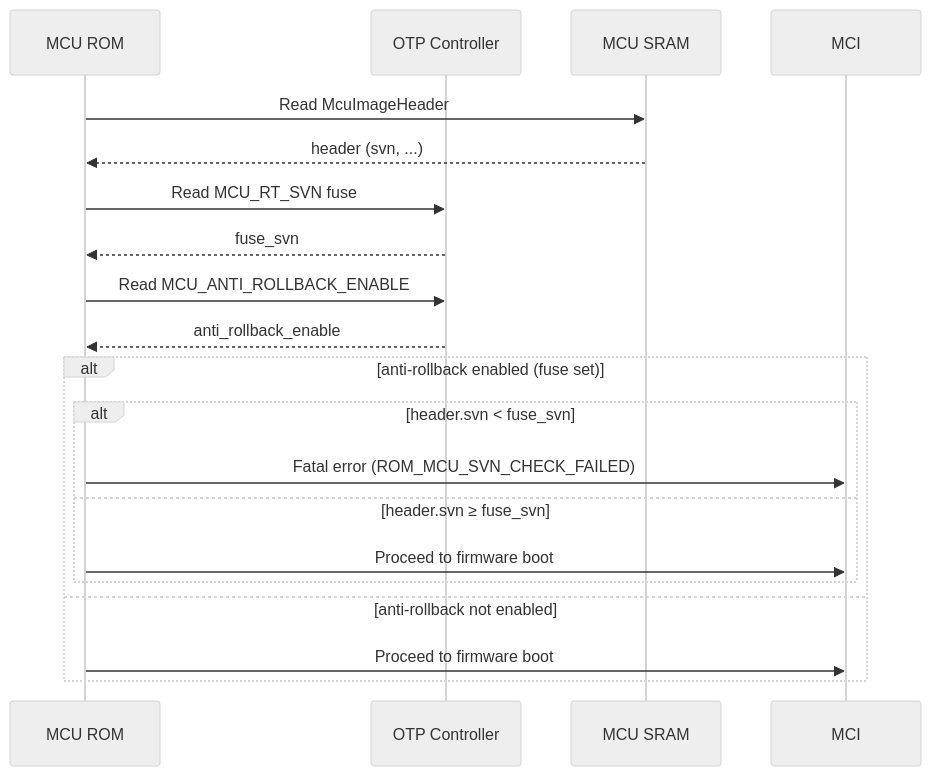
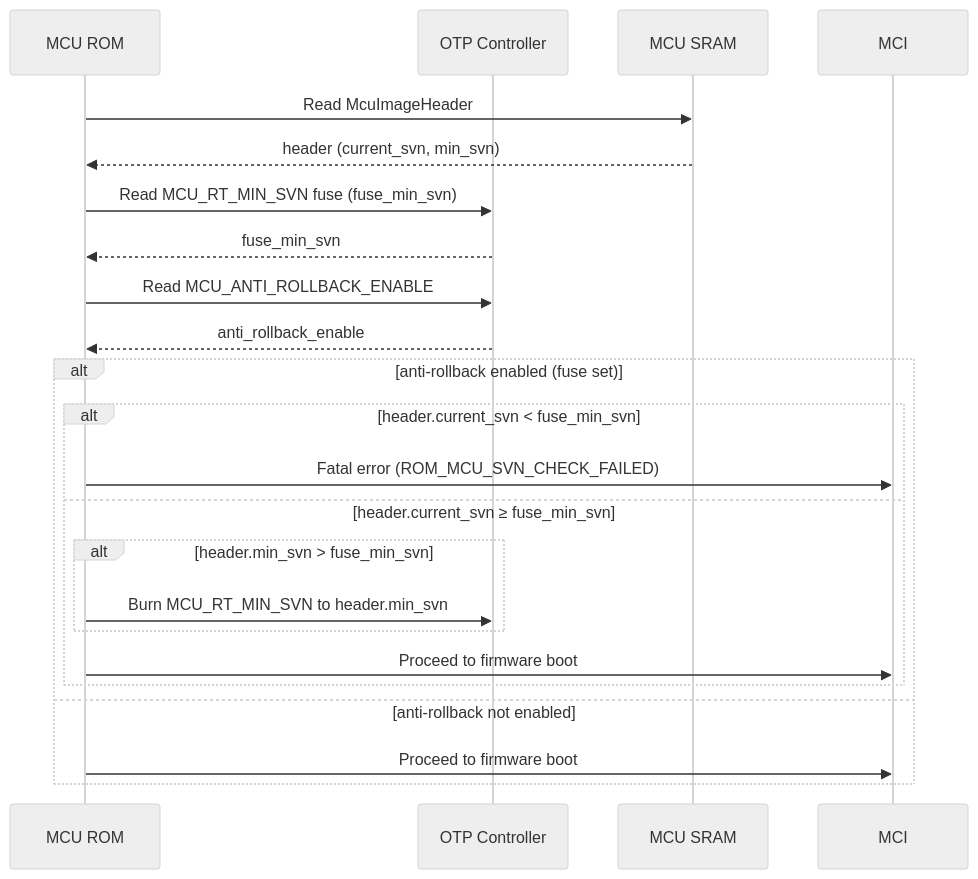
The second of 4 diagrams in docs/src/svn.md (swenson/caliptra-mcu-sw), drawn with Mermaid (neutral theme) before and after one commit. The commit also changed other lines of this file, not shown here.

Commit message:
Use min_svn as well svn

````diff
--- a/docs/src/svn.md
+++ b/docs/src/svn.md
@@ -257,24 +279,27 @@
 ```mermaid
 sequenceDiagram
     participant ROM as MCU ROM
     participant OTP as OTP Controller
     participant SRAM as MCU SRAM
     participant MCI as MCI
 
     ROM->>SRAM: Read McuImageHeader
-    SRAM-->>ROM: header (svn, ...)
-    ROM->>OTP: Read MCU_RT_SVN fuse
-    OTP-->>ROM: fuse_svn
+    SRAM-->>ROM: header (current_svn, min_svn)
+    ROM->>OTP: Read MCU_RT_MIN_SVN fuse (fuse_min_svn)
+    OTP-->>ROM: fuse_min_svn
     ROM->>OTP: Read MCU_ANTI_ROLLBACK_ENABLE
     OTP-->>ROM: anti_rollback_enable
 
     alt anti-rollback enabled (fuse set)
-        alt header.svn < fuse_svn
+        alt header.current_svn < fuse_min_svn
             ROM->>MCI: Fatal error (ROM_MCU_SVN_CHECK_FAILED)
-        else header.svn ≥ fuse_svn
+        else header.current_svn ≥ fuse_min_svn
+            alt header.min_svn > fuse_min_svn
+                ROM->>OTP: Burn MCU_RT_MIN_SVN to header.min_svn
+            end
             ROM->>MCI: Proceed to firmware boot
         end
     else anti-rollback not enabled
         ROM->>MCI: Proceed to firmware boot
     end
 ```
````
